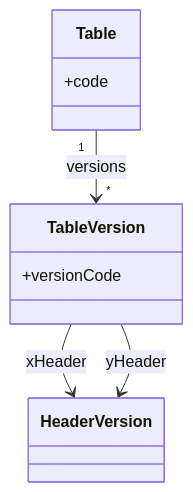
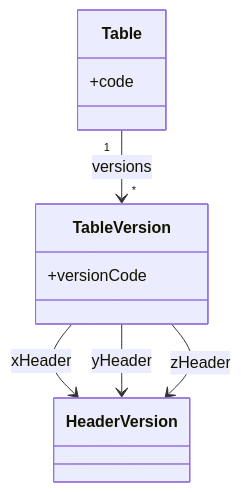
One commit to sdmx-twg/wp-sdmx-dpm changed the third of 5 diagrams in docs/models-relationships/04_versioning_and_extensibility/01_versioning_overview.md. Above: the diagram before and after it, drawn with Mermaid. The commit also changed other lines of this file and 11 other files, not shown here.

````diff
--- a/docs/models-relationships/04_versioning_and_extensibility/01_versioning_overview.md
+++ b/docs/models-relationships/04_versioning_and_extensibility/01_versioning_overview.md
@@ -114,12 +110,13 @@
 ```mermaid
 classDiagram
     class Table {
       +code
     }
     class TableVersion {
       +versionCode
     }
     Table "1" --> "*" TableVersion : versions
     TableVersion --> HeaderVersion : xHeader
     TableVersion --> HeaderVersion : yHeader
+    TableVersion --> HeaderVersion : zHeader
 ```
````
